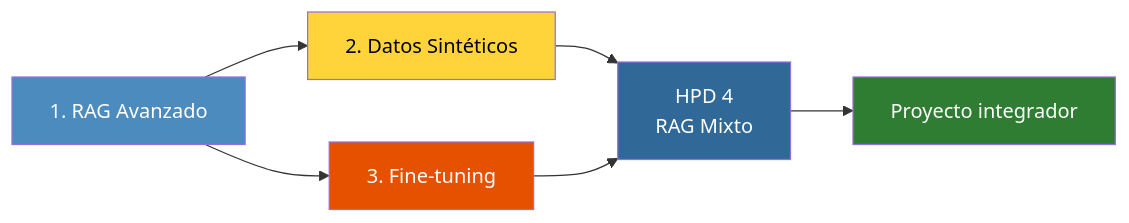
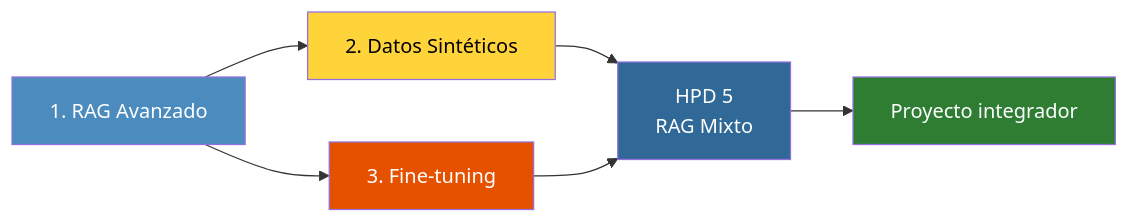
One commit to Adamychen/m10_quarto changed the second of 3 diagrams in bloque3/03-aplicaciones.qmd. Above: the diagram before and after it, drawn with Mermaid. The commit also changed other lines of this file and 79 other files, not shown here.

````diff
--- a/bloque3/03-aplicaciones.qmd
+++ b/bloque3/03-aplicaciones.qmd
@@ -54,14 +52,14 @@
 ```{mermaid}
 graph LR
     A["1. RAG Avanzado"] --> B["2. Datos Sintéticos"]
     A --> C["3. Fine-tuning"]
-    B --> D[HPD 4<br/>RAG Mixto]
+    B --> D[HPD 5<br/>RAG Mixto]
     C --> D
     D --> E[Proyecto integrador]
 
     style A fill:#4B8BBE,color:#fff
     style B fill:#FFD43B,color:#000
     style C fill:#e65100,color:#fff
     style D fill:#306998,color:#fff
     style E fill:#2e7d32,color:#fff
 ```
````
